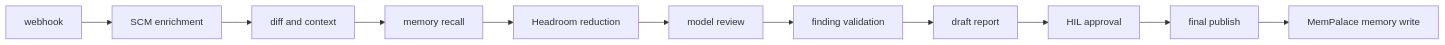
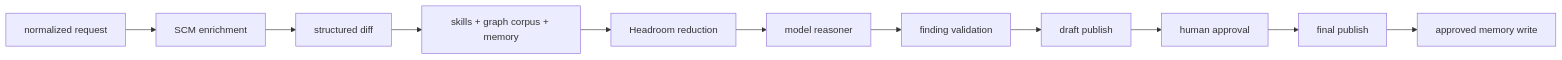
One commit to Y4NN777/7review changed the second of 2 diagrams in README.md. Above: the diagram before and after it, drawn with Mermaid. The commit also changed other lines of this file, not shown here.

````diff
--- a/README.md
+++ b/README.md
@@ -33,13 +64,13 @@
 ```mermaid
 flowchart LR
-    Webhook[webhook] --> SCM[SCM enrichment]
-    SCM --> Context[diff and context]
-    Context --> Memory[memory recall]
-    Memory --> Headroom[Headroom reduction]
-    Headroom --> Model[model review]
-    Model --> Validation[finding validation]
-    Validation --> Draft[draft report]
-    Draft --> HIL[HIL approval]
+    Request[normalized request] --> Enrich[SCM enrichment]
+    Enrich --> Diff[structured diff]
+    Diff --> Context[skills + graph corpus + memory]
+    Context --> Reduce[Headroom reduction]
+    Reduce --> Review[model reasoner]
+    Review --> Validate[finding validation]
+    Validate --> Draft[draft publish]
+    Draft --> HIL[human approval]
     HIL --> Final[final publish]
-    Final --> MemPalace[MemPalace memory write]
+    Final --> Memory[approved memory write]
 ```
````
